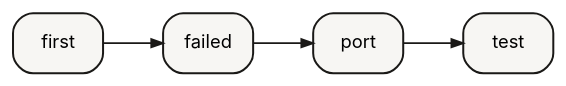
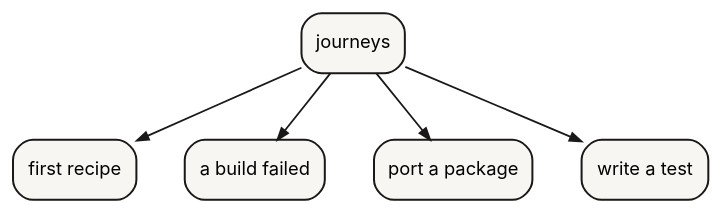
One commit to HaoZeke/what-easybuild-is-doing changed the diagram in source/_static/diagrams/journeys.dot. Above: the diagram before and after it, drawn with Graphviz. The commit also changed 257 other files, not shown here.

```diff
--- a/source/_static/diagrams/journeys.dot
+++ b/source/_static/diagrams/journeys.dot
@@ -1,14 +1,17 @@
 digraph g_journeys {
-  graph [rankdir=LR, bgcolor="transparent", pad="0.2", nodesep="0.35", ranksep="0.5",
+  graph [rankdir=TB, bgcolor="transparent", pad="0.2", nodesep="0.4", ranksep="0.55",
          fontname="Inter,Helvetica,sans-serif"];
   node [shape=box, style="rounded,filled", fillcolor="#f7f6f3", color="#1a1917",
         fontname="Inter,Helvetica,sans-serif", fontsize=11, penwidth=1.2];
   edge [color="#1a1917", arrowsize=0.7, penwidth=1.1];
-  n0 [label="first"];
-  n1 [label="failed"];
-  n2 [label="port"];
-  n3 [label="test"];
-  n0 -> n1;
-  n1 -> n2;
-  n2 -> n3;
+  root [label="journeys"];
+  a [label="first recipe"];
+  b [label="a build failed"];
+  c [label="port a package"];
+  d [label="write a test"];
+  root -> a;
+  root -> b;
+  root -> c;
+  root -> d;
+
 }
```
